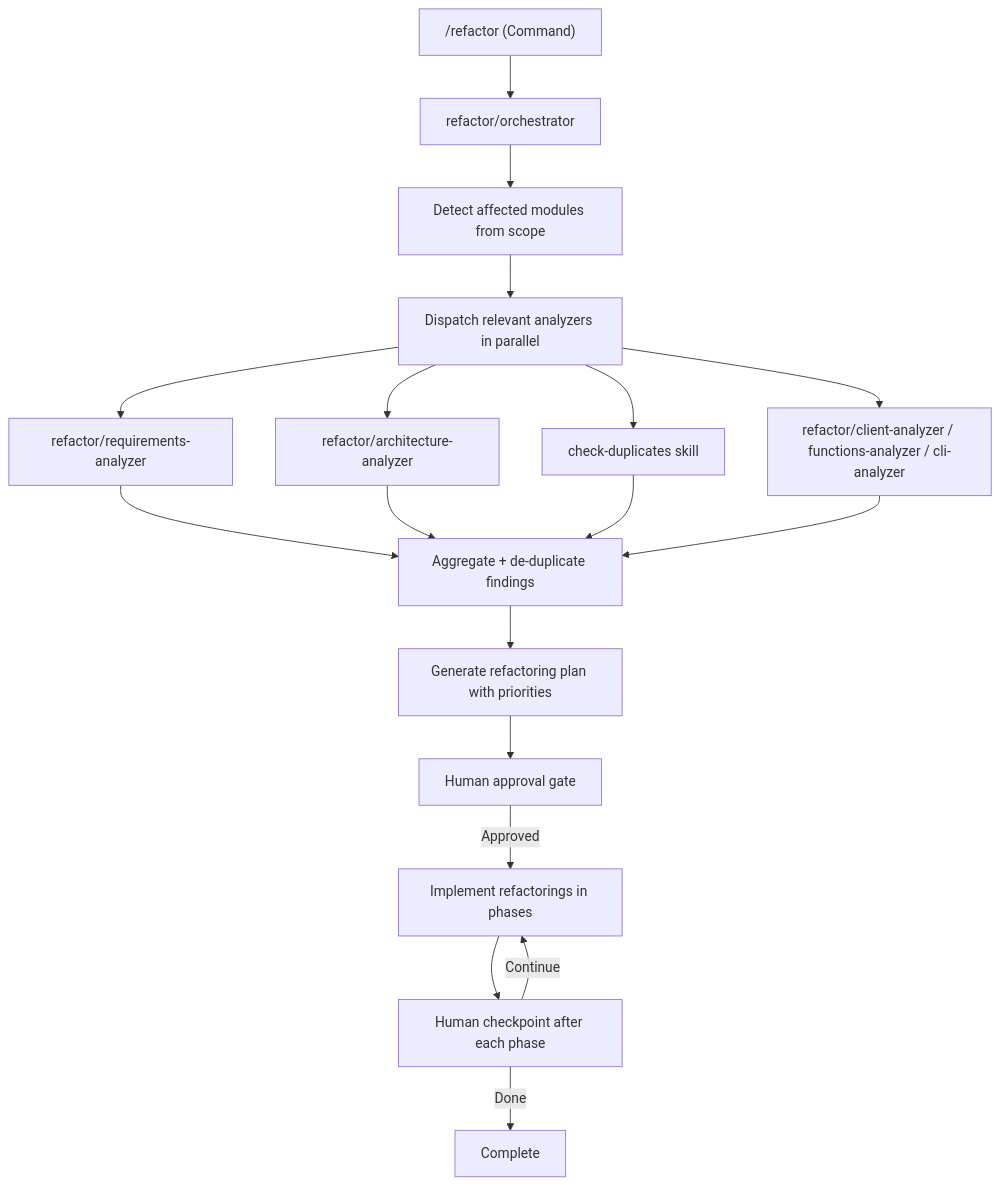
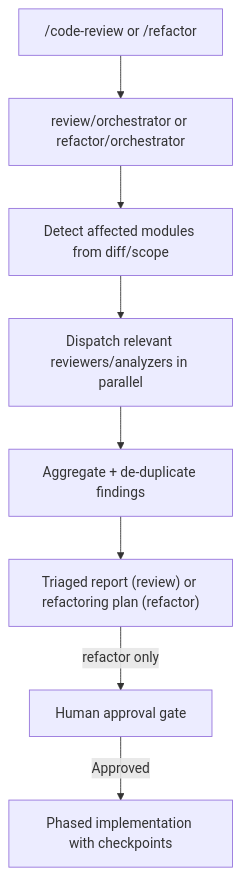
One commit to dosandk/SkillStack changed the second of 2 diagrams in wiki/ai-dev-ecosystem.md. Above: the diagram before and after it, drawn with Mermaid. The commit also changed other lines of this file and 1 other file, not shown here.

````diff
--- a/wiki/ai-dev-ecosystem.md
+++ b/wiki/ai-dev-ecosystem.md
@@ -258,17 +270,10 @@
 ```mermaid
 flowchart TD
-  Trigger["/refactor (Command)"] --> Orchestrator["refactor/orchestrator"]
-  Orchestrator --> Detect["Detect affected modules from scope"]
-  Detect --> Fanout["Dispatch relevant analyzers in parallel"]
-  Fanout --> ReqAn["refactor/requirements-analyzer"]
-  Fanout --> ArchAn["refactor/architecture-analyzer"]
-  Fanout --> DupAn["check-duplicates skill"]
-  Fanout --> ModAn["refactor/client-analyzer / functions-analyzer / cli-analyzer"]
-  ReqAn & ArchAn & DupAn & ModAn --> Aggregate["Aggregate + de-duplicate findings"]
-  Aggregate --> Plan["Generate refactoring plan with priorities"]
-  Plan --> Gate1["Human approval gate"]
-  Gate1 -->|Approved| Implement["Implement refactorings in phases"]
-  Implement --> Gate2["Human checkpoint after each phase"]
-  Gate2 -->|Continue| Implement
-  Gate2 -->|Done| Complete["Complete"]
+  Trigger["/code-review or /refactor"] --> Orchestrator["review/orchestrator or refactor/orchestrator"]
+  Orchestrator --> Detect["Detect affected modules from diff/scope"]
+  Detect --> Fanout["Dispatch relevant reviewers/analyzers in parallel"]
+  Fanout --> Aggregate["Aggregate + de-duplicate findings"]
+  Aggregate --> Output["Triaged report (review) or refactoring plan (refactor)"]
+  Output -->|refactor only| Gate["Human approval gate"]
+  Gate -->|Approved| Implement["Phased implementation with checkpoints"]
 ```
````
